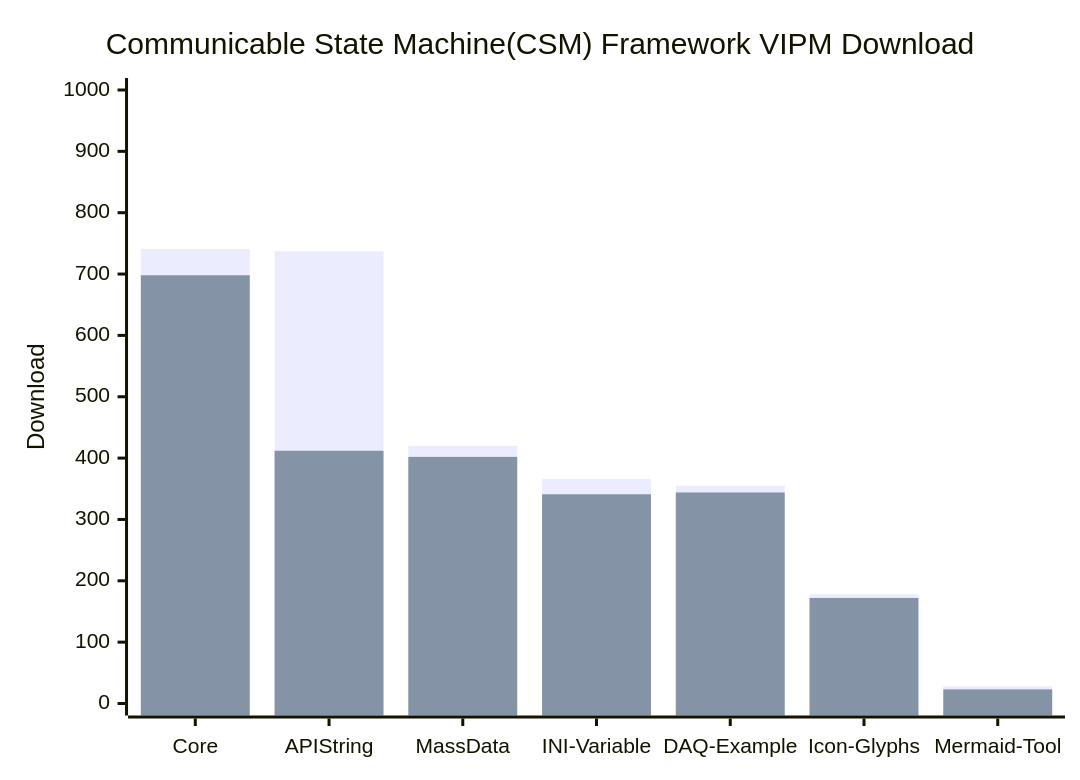
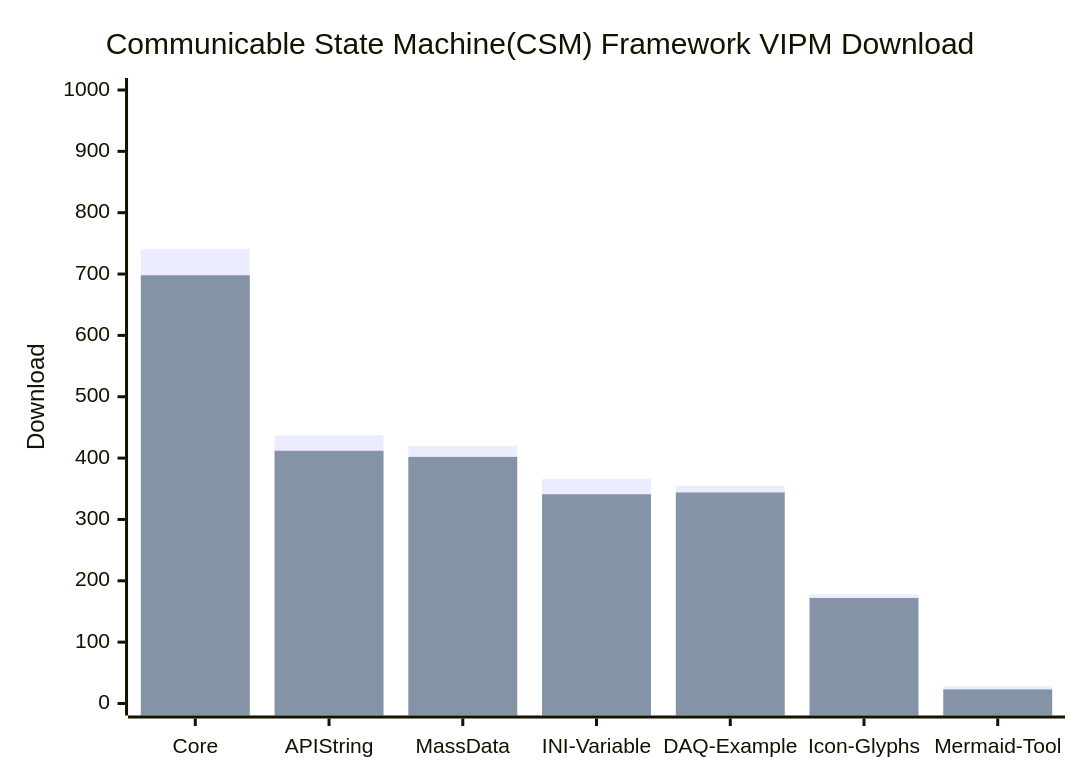
The diagram in profile/README.md (NEVSTOP-LAB/.github), drawn with Mermaid before and after one commit.

````diff
--- a/profile/README.md
+++ b/profile/README.md
@@ -27,8 +27,8 @@
 ```mermaid
     xychart-beta
     title "Communicable State Machine(CSM) Framework VIPM Download"
     x-axis [Core, API String, MassData, INI-Variable, DAQ-Example, Icon-Glyphs, Mermaid-Tool]
     y-axis "Download" 0 --> 1000
-    bar   [741, 737, 420, 366, 355, 178, 28]
+    bar   [741, 437, 420, 366, 355, 178, 28]
     bar   [698, 412, 402, 341, 344, 172, 23]
 ```
````
